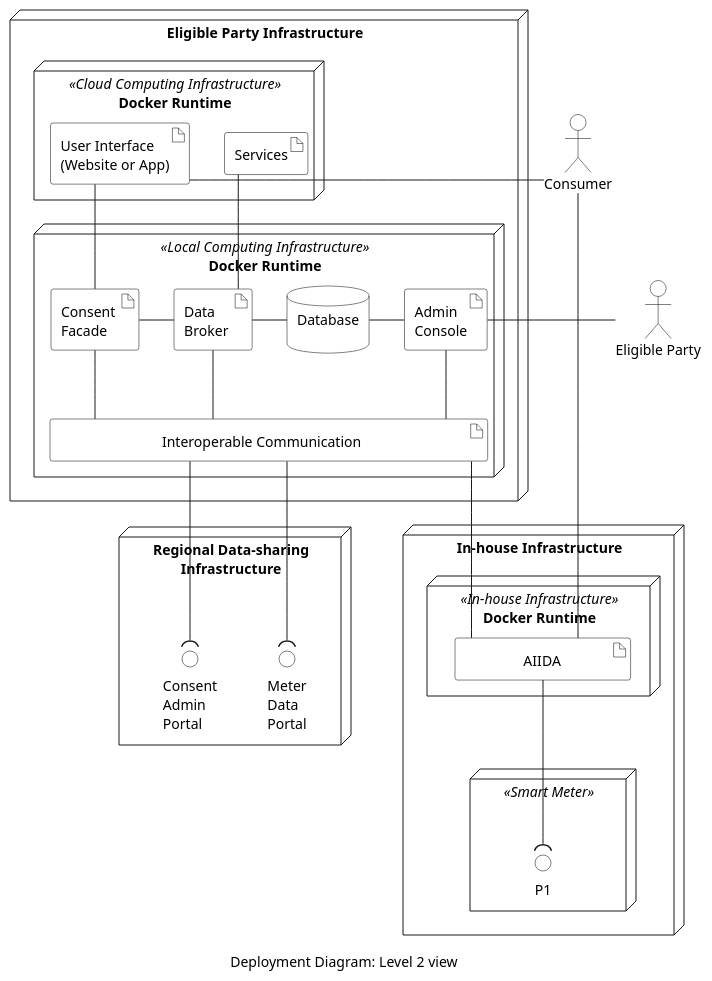
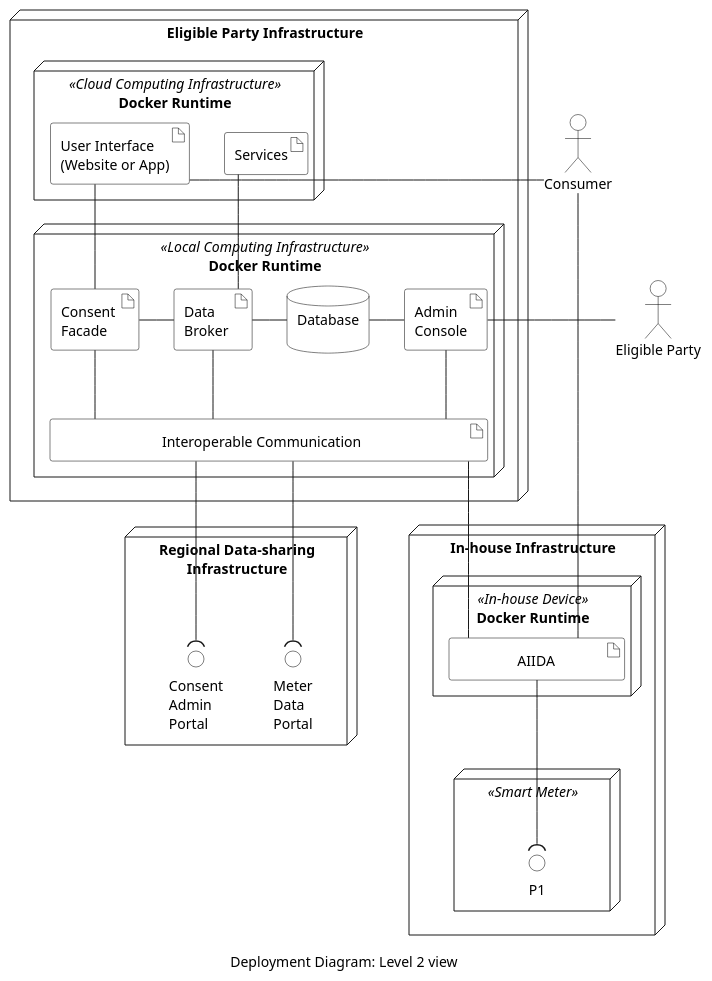
One commit to eddie-energy/architecture changed the diagram in arc42/07-deployment-view/figures/deployment-diagram-level-2.puml. Above: the diagram before and after it, drawn with PlantUML. The commit also changed 3 other files, not shown here.

```diff
--- a/arc42/07-deployment-view/figures/deployment-diagram-level-2.puml
+++ b/arc42/07-deployment-view/figures/deployment-diagram-level-2.puml
@@ -1,80 +1,80 @@
 @startuml deployment-diagram-level-2
 'deployment diagram
 caption Deployment Diagram: Level 2 view
 
 skinparam linetype ortho
 skinparam interface {
   backgroundColor transparent
   borderColor black
 }
 skinparam artifact{
   BorderColor black
   BackgroundColor transparent
 }
 skinparam actor{
   BorderColor black
   BackgroundColor transparent
 }
 skinparam database{
   BorderColor black
   BackgroundColor transparent
 }
 skinparam rectangle{
   BorderColor transparent
   BackgroundColor transparent
   FontColor transparent
 }
 
 node "Eligible Party Infrastructure" as epInfra{
   node "Docker Runtime" <<Local Computing Infrastructure>> as local {    
     artifact "Consent \nFacade" as consentFacade
     artifact "Data \nBroker " as broker
     database "Database\n" as database
     artifact "Admin \nConsole" as adminConsole
     artifact "\t\t\t    Interoperable Communication\t\t\t\t" as comm
   }
   node "Docker Runtime" <<Cloud Computing Infrastructure>> as cloud{
     artifact "User Interface \n(Website or App)" as ui
     artifact "Services" as services
   }
 
   ui -down- consentFacade
   ui -[hidden]right- services
   consentFacade -right- broker
   broker -right- database
   broker -down- comm
   database -right-adminConsole
   broker -up- services
   adminConsole -down- comm
 
 }
 node "In-house Infrastructure" {
-  node "Docker Runtime" <<In-house Infrastructure>> as house{
+  node "Docker Runtime" <<In-house Device>> as house{
     artifact "\t\tAIIDA\t\t" as aiida
   }
   node " " <<Smart Meter>> as meter {
       interface "P1" as p1
   }
   aiida -down-( p1 : "\t"
 }
 
 node "Regional Data-sharing\nInfrastructure" as energyProvider {
   interface "Meter\nData\nPortal" as dataPortal
   interface "Consent\nAdmin\nPortal" as adminPortal
 }
 
 actor "Consumer" as consumer
 actor "Eligible Party" as admin
   admin -left- adminConsole
 
 consumer ---- aiida
 consumer - ui
 
 comm -down-( dataPortal
 comm -down-( adminPortal
 consentFacade -down- comm
 
 aiida -up- comm
 
 
 @enduml
```
